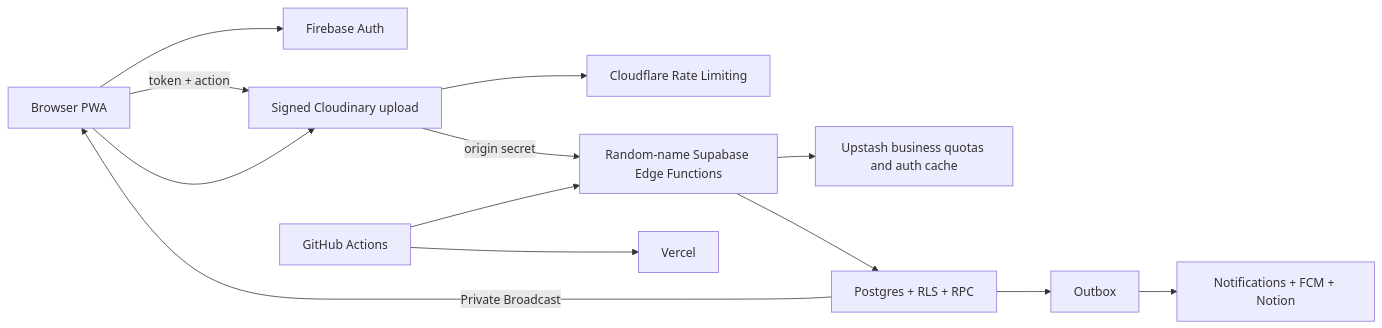
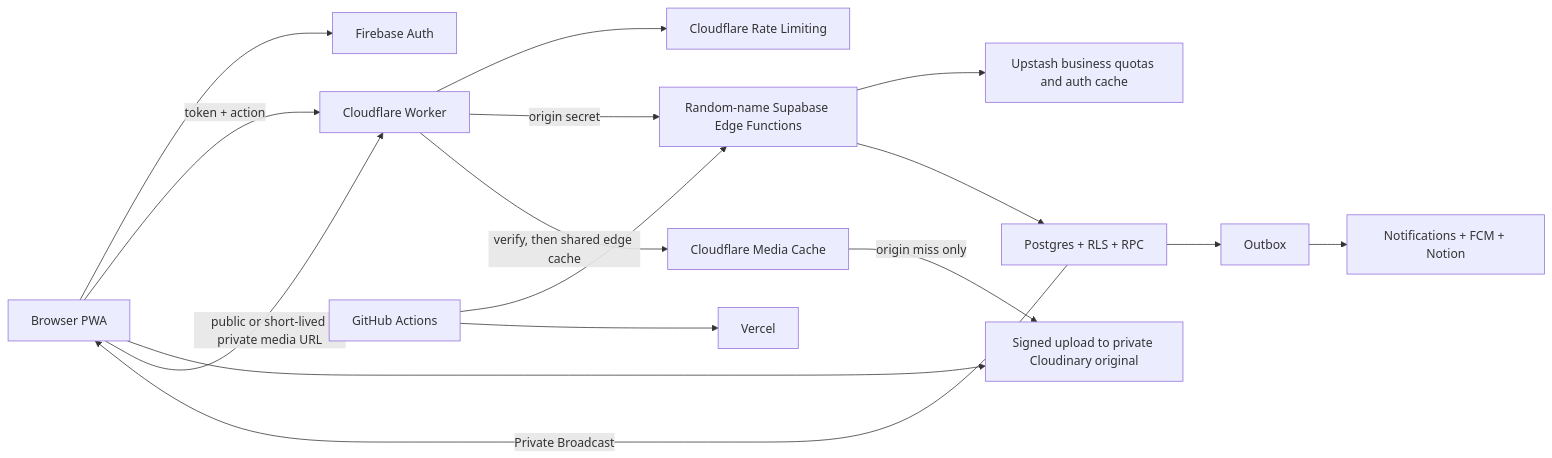
Before and after one commit to tavricccc/novae-website: the diagram in docs/en/architecture.md, drawn with Mermaid. The commit also changed other lines of this file and 7 other files, not shown here.

Commit message:
docs: update changelog for version 2.0.276 and refine architecture and costs documentation

````diff
--- a/docs/en/architecture.md
+++ b/docs/en/architecture.md
@@ -3,15 +3,18 @@
 ```mermaid
 flowchart LR
   U[Browser PWA] --> F[Firebase Auth]
   U -->|token + action| C[Cloudflare Worker]
   C --> RL[Cloudflare Rate Limiting]
   C -->|origin secret| E[Random-name Supabase Edge Functions]
   E --> R[Upstash business quotas and auth cache]
   E --> P[Postgres + RLS + RPC]
   P -->|Private Broadcast| U
-  U --> C[Signed Cloudinary upload]
+  U --> CLD[Signed upload to private Cloudinary original]
+  U -->|public or short-lived private media URL| C
+  C -->|verify, then shared edge cache| MC[Cloudflare Media Cache]
+  MC -->|origin miss only| CLD
   P --> O[Outbox]
   O --> W[Notifications + FCM + Notion]
   G[GitHub Actions] --> E
   G --> V[Vercel]
 ```
````
